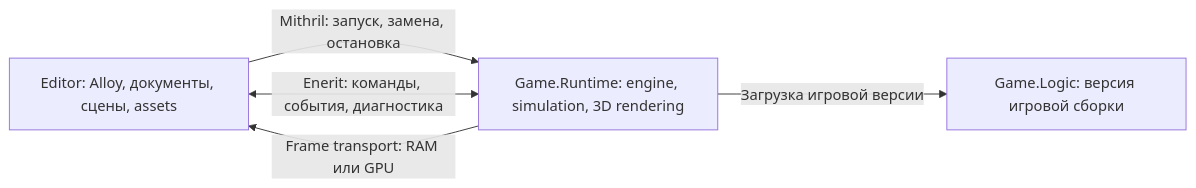
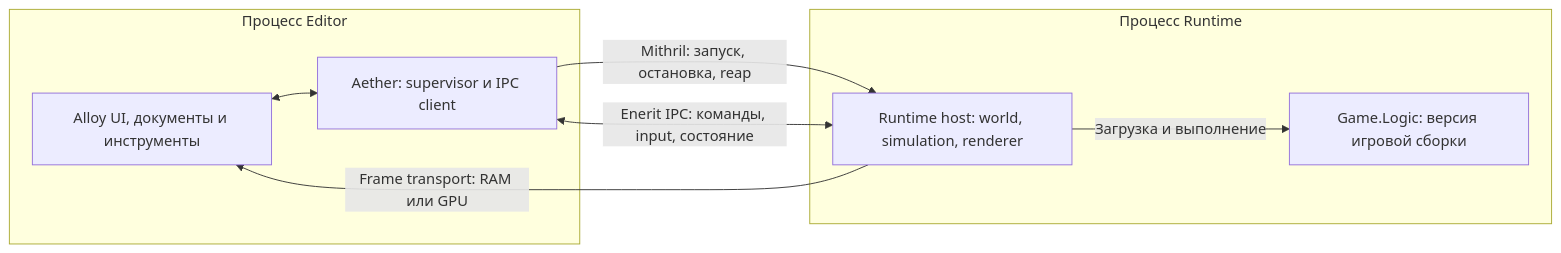
The diagram in src/docs/engine/PLAN.md (YotPhiligan/TrueMoon), drawn with Mermaid before and after one commit. The commit also changed other lines of this file and 157 other files, not shown here.

Commit message:
Add Aether authoring, default UI style and standalone editor

````diff
--- a/src/docs/engine/PLAN.md
+++ b/src/docs/engine/PLAN.md
@@ -393,10 +407,16 @@
 ```mermaid
 flowchart LR
-    E["Editor: Alloy, документы, сцены, assets"]
-    R["Game.Runtime: engine, simulation, 3D rendering"]
-    L["Game.Logic: версия игровой сборки"]
-    E -->|"Mithril: запуск, замена, остановка"| R
-    E <-->|"Enerit: команды, события, диагностика"| R
+    subgraph EP["Процесс Editor"]
+        E["Alloy UI, документы и инструменты"]
+        A["Aether: supervisor и IPC client"]
+        E <--> A
+    end
+    subgraph RP["Процесс Runtime"]
+        R["Runtime host: world, simulation, renderer"]
+        L["Game.Logic: версия игровой сборки"]
+        R -->|"Загрузка и выполнение"| L
+    end
+    A -->|"Mithril: запуск, остановка, reap"| R
+    A <-->|"Enerit IPC: команды, input, состояние"| R
     R -->|"Frame transport: RAM или GPU"| E
-    R -->|"Загрузка игровой версии"| L
 ```
````
